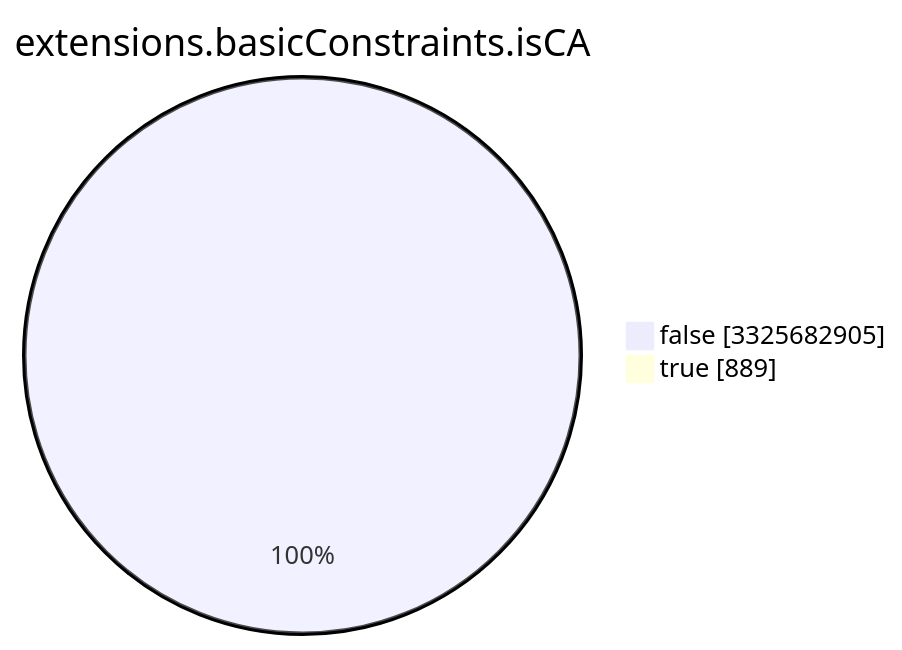
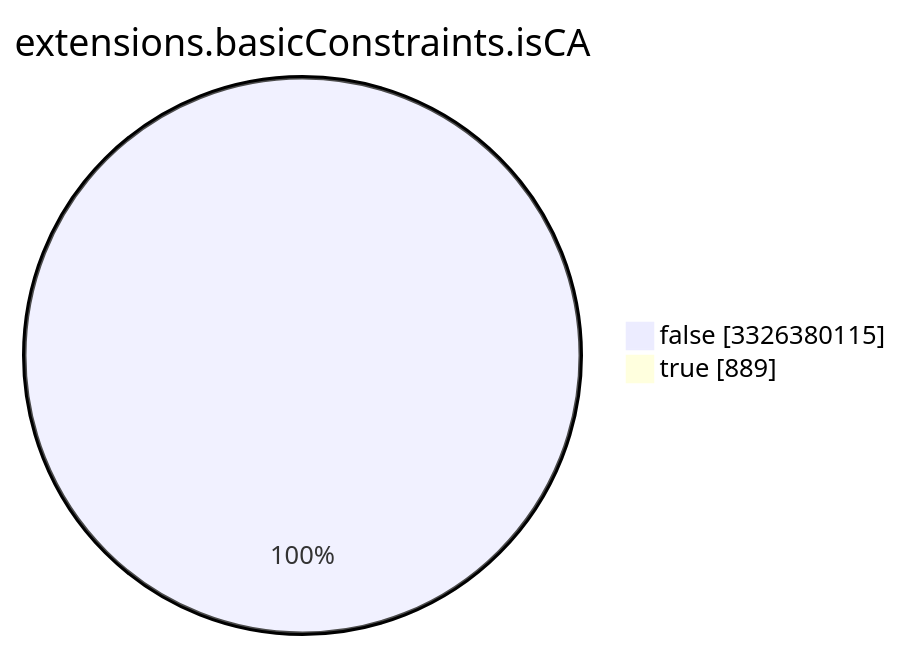
The seventh of 15 diagrams in TOTAL/README.md (christiankrug/ctmonitor_visualization), drawn with Mermaid before and after one commit. The commit also changed other lines of this file, not shown here.

````diff
--- a/TOTAL/README.md
+++ b/TOTAL/README.md
@@ -3089,6 +3089,6 @@
 ```mermaid
 pie showData
 title extensions.basicConstraints.isCA
-"false" :3325682905
+"false" :3326380115
 "true" :889
 ```
````
